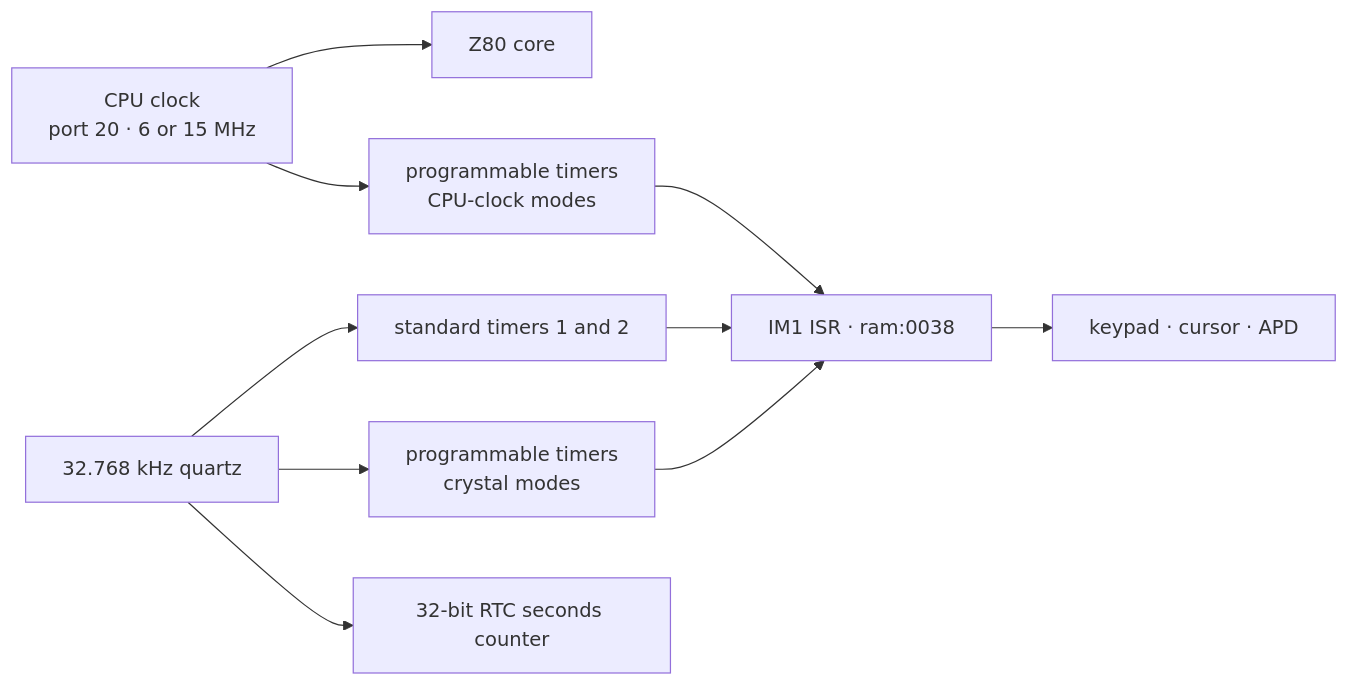
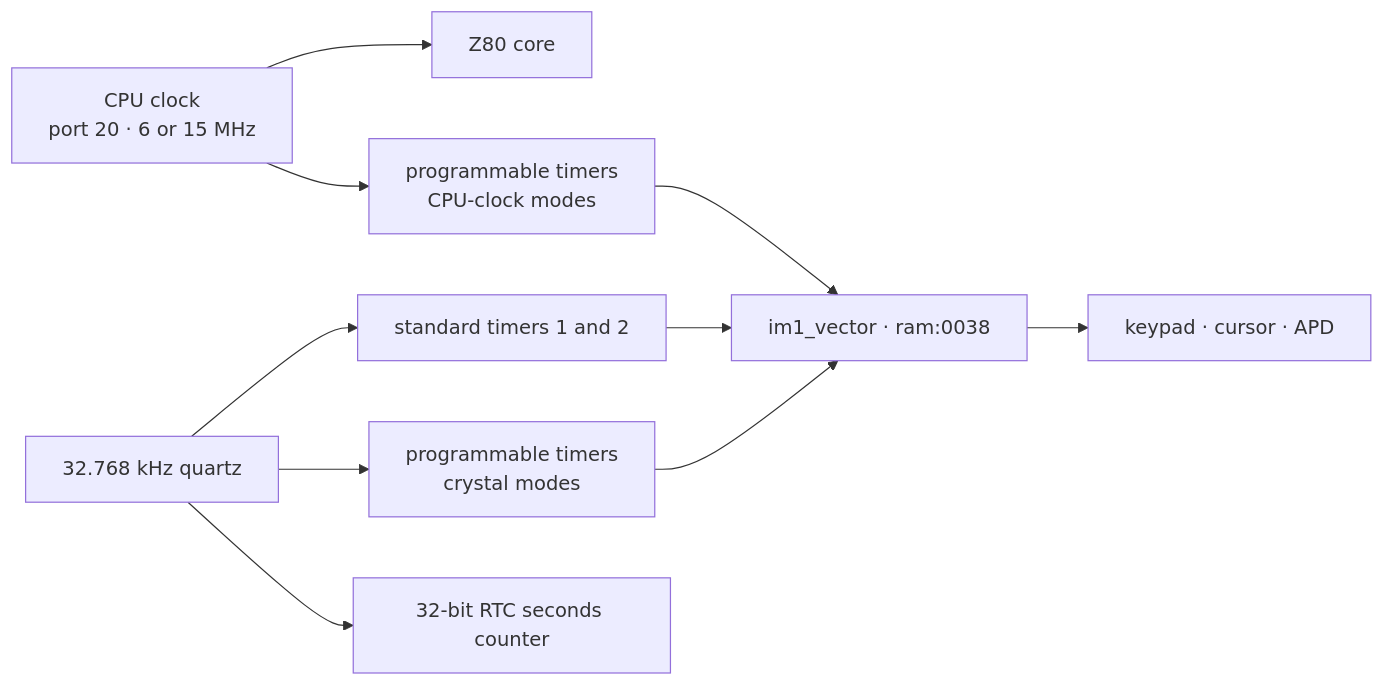
The first of 2 diagrams in docs/clock-timers-power.md (siraben/ti84p-re), drawn with Mermaid before and after one commit. The commit also changed other lines of this file and 21 other files, not shown here.

````diff
--- a/docs/clock-timers-power.md
+++ b/docs/clock-timers-power.md
@@ -26,12 +26,12 @@
 ```mermaid
 flowchart LR
     CPU["CPU clock<br/>port 20 · 6 or 15 MHz"] --> Z80["Z80 core"]
     CPU --> PTCPU["programmable timers<br/>CPU-clock modes"]
     XTAL["32.768 kHz quartz"] --> ST["standard timers 1 and 2"]
     XTAL --> PTX["programmable timers<br/>crystal modes"]
     XTAL --> RTC["32-bit RTC seconds counter"]
-    ST --> ISR["IM1 ISR · ram:0038"]
+    ST --> ISR["im1_vector · ram:0038"]
     PTCPU --> ISR
     PTX --> ISR
     ISR --> APD["keypad · cursor · APD"]
 ```
````
